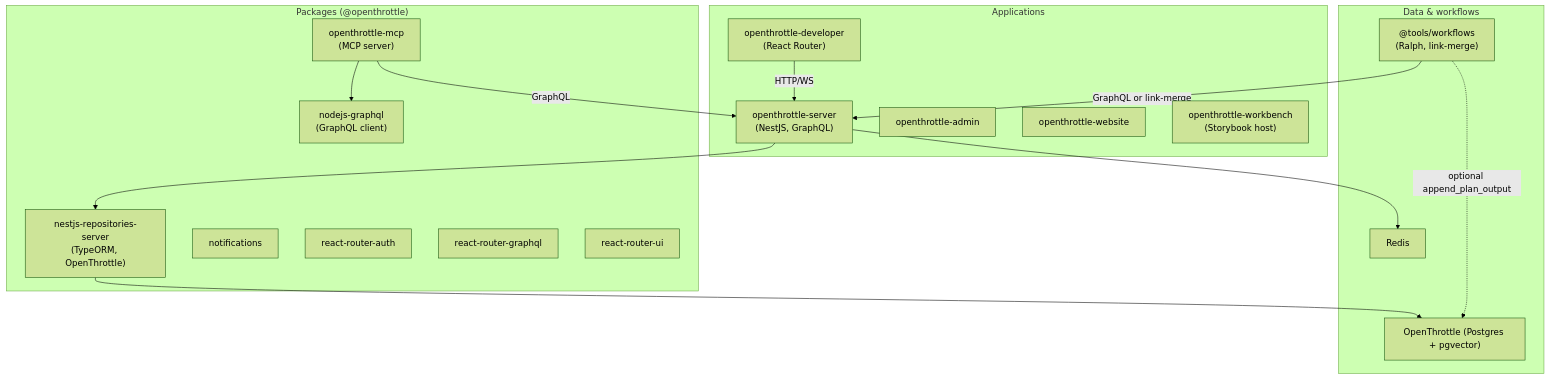
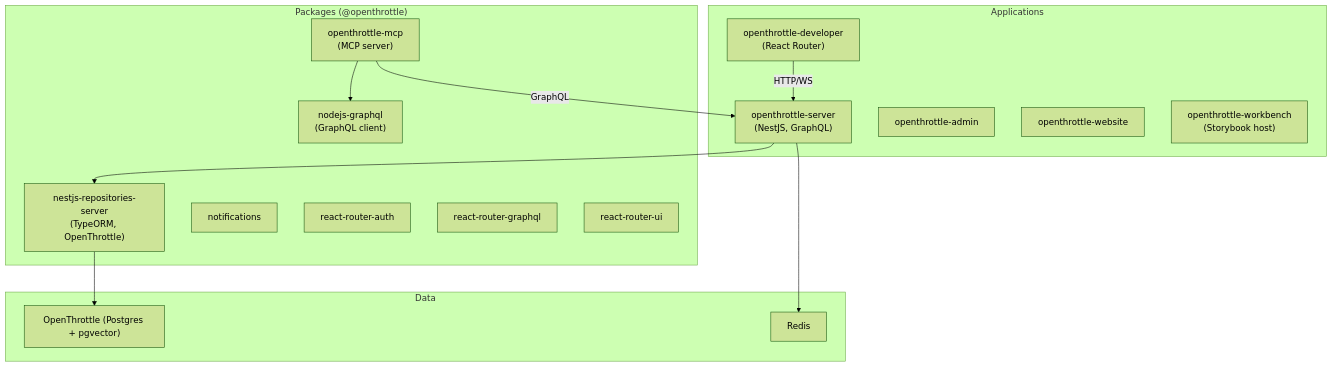
The first of 2 diagrams in docs/openthrottle/monorepo-architecture.md (OpenThrottle/monorepo), drawn with Mermaid (forest theme) before and after one commit. The commit also changed other lines of this file and 1010 other files, not shown here.

First line of the commit message:
refactor(monorepo)!: retire the Ralph runner and consolidate plan runs on OT Loop (#969)

````diff
--- a/docs/openthrottle/monorepo-architecture.md
+++ b/docs/openthrottle/monorepo-architecture.md
@@ -11,35 +11,32 @@
 ```mermaid
 flowchart TB
   subgraph Applications["Applications"]
     Server["openthrottle-server<br/>(NestJS, GraphQL)"]
     Developer["openthrottle-developer<br/>(React Router)"]
     Admin["openthrottle-admin"]
     Website["openthrottle-website"]
     Workbench["openthrottle-workbench<br/>(Storybook host)"]
   end
 
   subgraph Packages["Packages (@openthrottle)"]
     MCP["openthrottle-mcp<br/>(MCP server)"]
     NodeGraphQL["nodejs-graphql<br/>(GraphQL client)"]
     NestRepos["nestjs-repositories-server<br/>(TypeORM, OpenThrottle)"]
     Notifications["notifications"]
     ReactRouterAuth["react-router-auth"]
     ReactRouterGraphQL["react-router-graphql"]
     ReactRouterUI["react-router-ui"]
   end
 
-  subgraph Data["Data & workflows"]
+  subgraph Data["Data"]
     OpenThrottle["OpenThrottle (Postgres + pgvector)"]
     Redis["Redis"]
-    Workflows["@tools/workflows<br/>(Ralph, link-merge)"]
   end
 
   Developer -->|HTTP/WS| Server
   MCP -->|GraphQL| Server
   MCP --> NodeGraphQL
   Server --> NestRepos
   NestRepos --> OpenThrottle
   Server --> Redis
-  Workflows -->|GraphQL or link-merge| Server
-  Workflows -.->|optional append_plan_output| OpenThrottle
 ```
````
